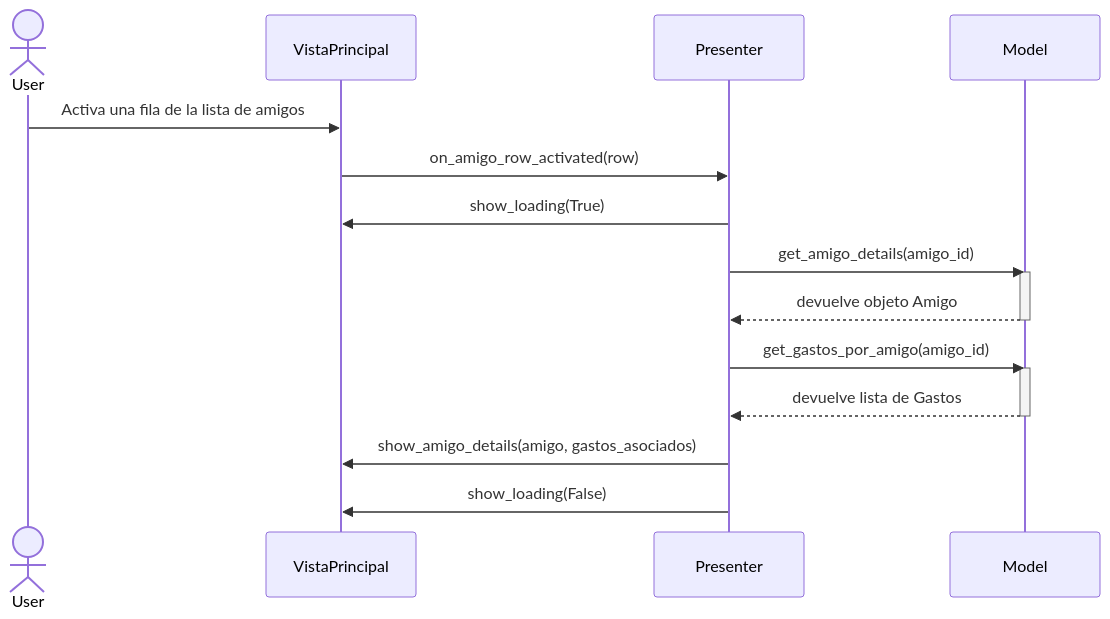
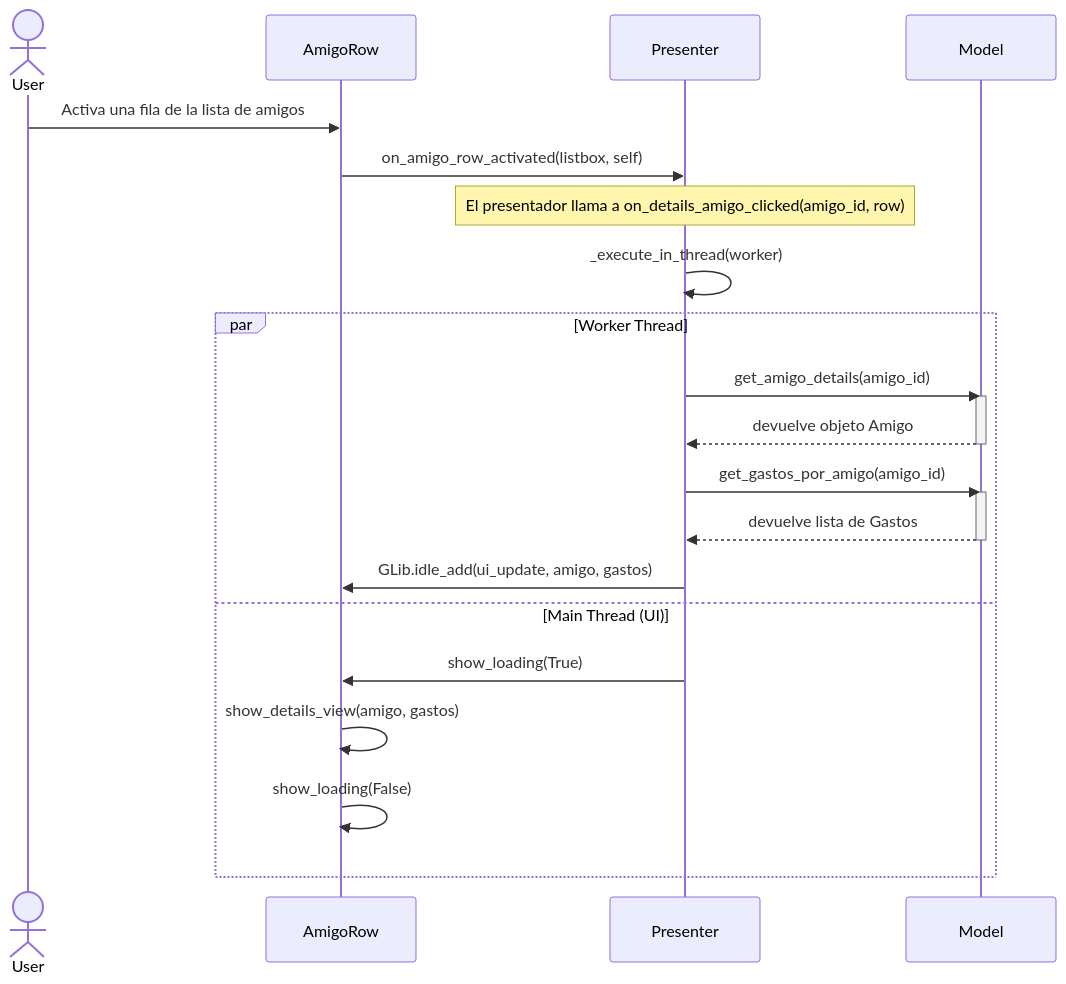
One commit to pablofernandezz/hmi-desktop-app changed the sixth of 8 diagrams in diseño_sw.md. Above: the diagram before and after it, drawn with Mermaid. The commit also changed other lines of this file, not shown here.

Commit message:
Diagramas actualizados después de la correción del diseño

````diff
--- a/diseño_sw.md
+++ b/diseño_sw.md
@@ -264,25 +338,31 @@
 ```mermaid
 sequenceDiagram
     actor User
-    participant VistaPrincipal
+    participant AmigoRow
     participant Presenter
     participant Model
 
-    User->>VistaPrincipal: Activa una fila de la lista de amigos
-    VistaPrincipal->>Presenter: on_amigo_row_activated(row)
+    User->>AmigoRow: Activa una fila de la lista de amigos
+    AmigoRow->>Presenter: on_amigo_row_activated(listbox, self)
+    Note over Presenter: El presentador llama a on_details_amigo_clicked(amigo_id, row)
 
-    Presenter->>VistaPrincipal: show_loading(True)
+    Presenter->>Presenter: _execute_in_thread(worker)
+    
+    par Worker Thread
+        Presenter->>Model: get_amigo_details(amigo_id)
+        activate Model
+        Model-->>Presenter: devuelve objeto Amigo
+        deactivate Model
 
-    Presenter->>Model: get_amigo_details(amigo_id)
-    activate Model
-    Model-->>Presenter: devuelve objeto Amigo
-    deactivate Model
-
-    Presenter->>Model: get_gastos_por_amigo(amigo_id)
-    activate Model
-    Model-->>Presenter: devuelve lista de Gastos
-    deactivate Model
-
-    Presenter->>VistaPrincipal: show_amigo_details(amigo, gastos_asociados)
-    Presenter->>VistaPrincipal: show_loading(False)
+        Presenter->>Model: get_gastos_por_amigo(amigo_id)
+        activate Model
+        Model-->>Presenter: devuelve lista de Gastos
+        deactivate Model
+        
+        Presenter->>AmigoRow: GLib.idle_add(ui_update, amigo, gastos)
+    and Main Thread (UI)
+        Presenter->>AmigoRow: show_loading(True)
+        AmigoRow->>AmigoRow: show_details_view(amigo, gastos)
+        AmigoRow->>AmigoRow: show_loading(False)
+    end
 ```
````
